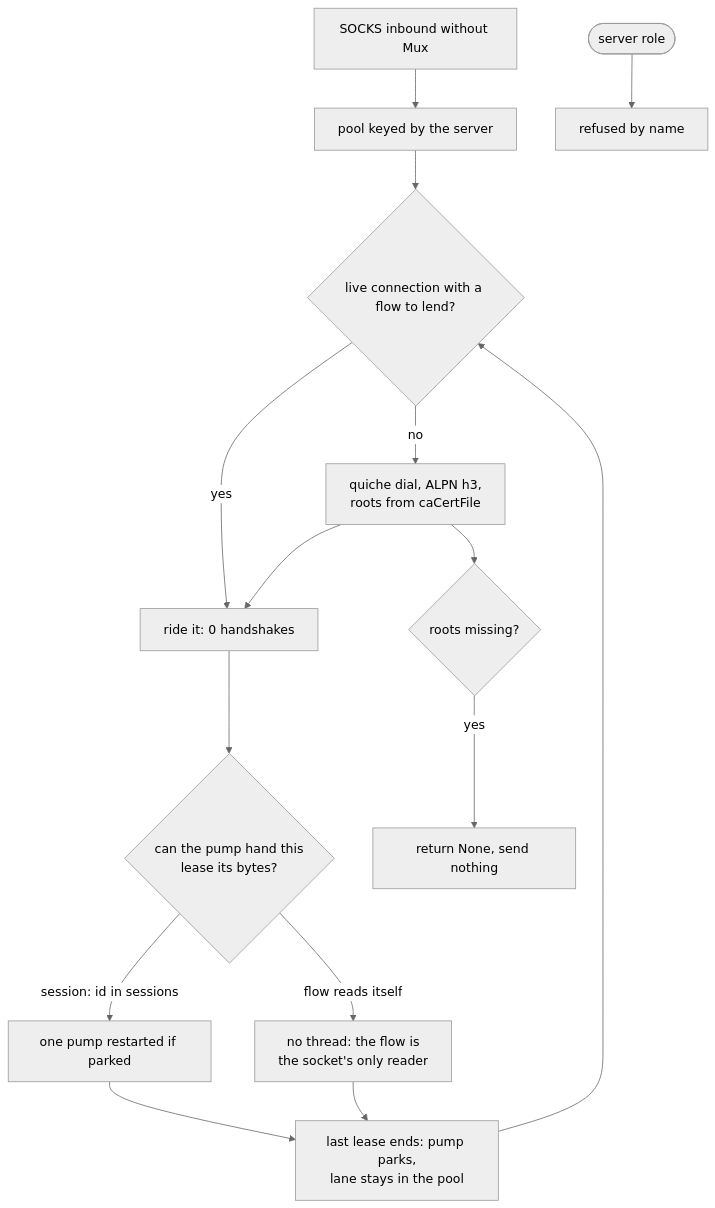
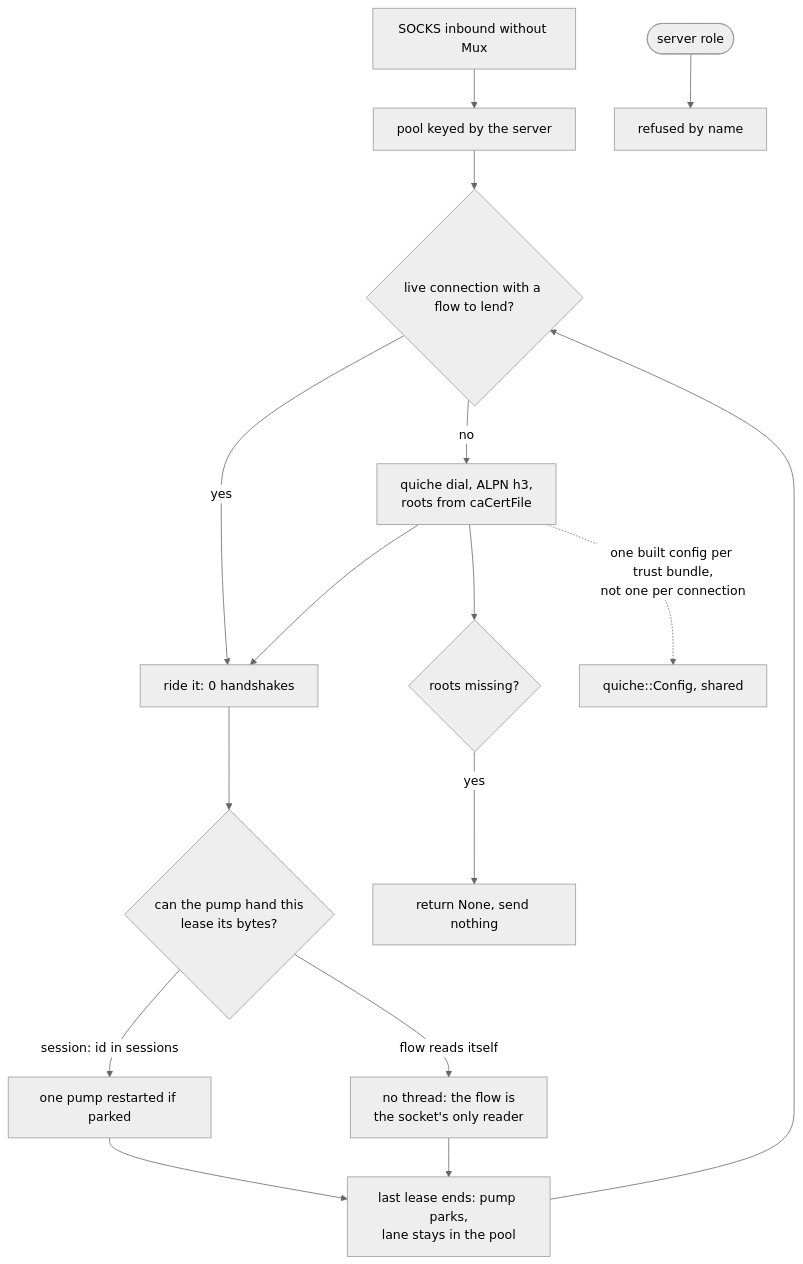
The diagram in docs/function/carrier-quic.md (Ferrocite/ferrox), drawn with Mermaid (neutral theme) before and after one commit. The commit also changed other lines of this file and 3 other files, not shown here.

````diff
--- a/docs/function/carrier-quic.md
+++ b/docs/function/carrier-quic.md
@@ -25,17 +25,18 @@
 ```mermaid
 graph TD
     S["SOCKS inbound without Mux"] --> P["pool keyed by the server"]
     P --> Q{"live connection with a flow to lend?"}
     Q -- yes --> U["ride it: 0 handshakes"]
     Q -- no --> D["quiche dial, ALPN h3,<br/>roots from caCertFile"]
     D --> U
     U --> V{"can the pump hand this<br/>lease its bytes?"}
     V -- "session: id in sessions" --> W["one pump restarted if parked"]
     V -- "flow reads itself" --> Y["no thread: the flow is<br/>the socket's only reader"]
     W --> K["last lease ends: pump parks,<br/>lane stays in the pool"]
     Y --> K
     K --> Q
     D --> N{"roots missing?"}
     N -- yes --> X["return None, send nothing"]
+    D -. "one built config per trust bundle,<br/>not one per connection" .-> CF["quiche::Config, shared"]
     H(["server role"]) --> R["refused by name"]
 ```
````
